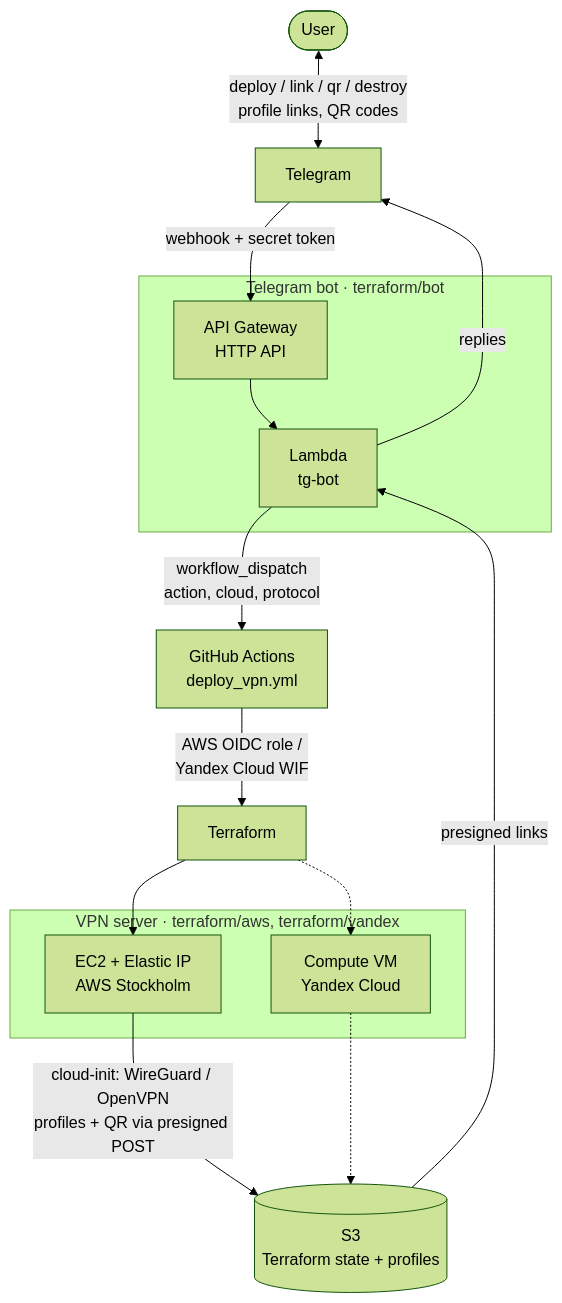
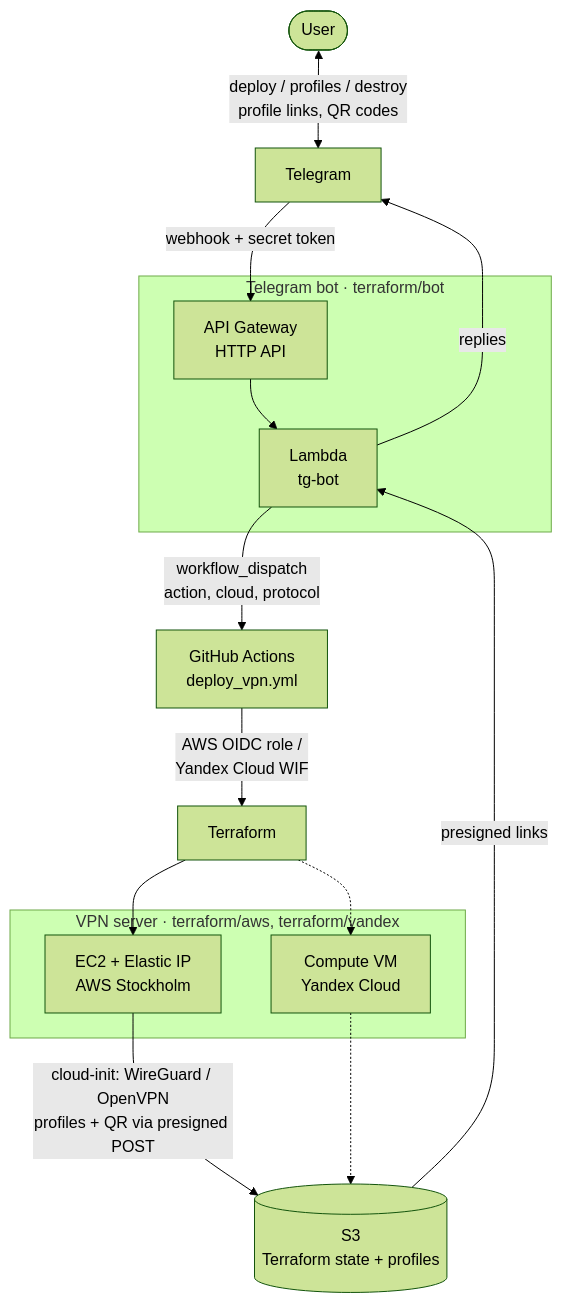
One commit to eosklv/Telegram-VPN changed the diagram in README.md. Above: the diagram before and after it, drawn with Mermaid (forest theme). The commit also changed other lines of this file and 2 other files, not shown here.

Commit message:
Bot menu: deploy and destroy variants

````diff
--- a/README.md
+++ b/README.md
@@ -48,24 +47,24 @@
 ```mermaid
 flowchart TD
-    user(["User"]) <-->|"deploy / link / qr / destroy<br/>profile links, QR codes"| tg["Telegram"]
+    user(["User"]) <-->|"deploy / profiles / destroy<br/>profile links, QR codes"| tg["Telegram"]
     tg -->|"webhook + secret token"| api
 
     subgraph bot_stack["Telegram bot · terraform/bot"]
         api["API Gateway<br/>HTTP API"] --> bot["Lambda<br/>tg-bot"]
     end
 
     bot -->|"workflow_dispatch<br/>action, cloud, protocol"| gha["GitHub Actions<br/>deploy_vpn.yml"]
     gha -->|"AWS OIDC role /<br/>Yandex Cloud WIF"| tf["Terraform"]
 
     subgraph servers["VPN server · terraform/aws, terraform/yandex"]
         ec2["EC2 + Elastic IP<br/>AWS Stockholm"]
         ycvm["Compute VM<br/>Yandex Cloud"]
     end
 
     tf --> ec2
     tf -.-> ycvm
     ec2 -->|"cloud-init: WireGuard / OpenVPN<br/>profiles + QR via presigned POST"| s3[("S3<br/>Terraform state + profiles")]
     ycvm -.-> s3
     s3 -->|"presigned links"| bot
     bot -->|"replies"| tg
 ```
````
